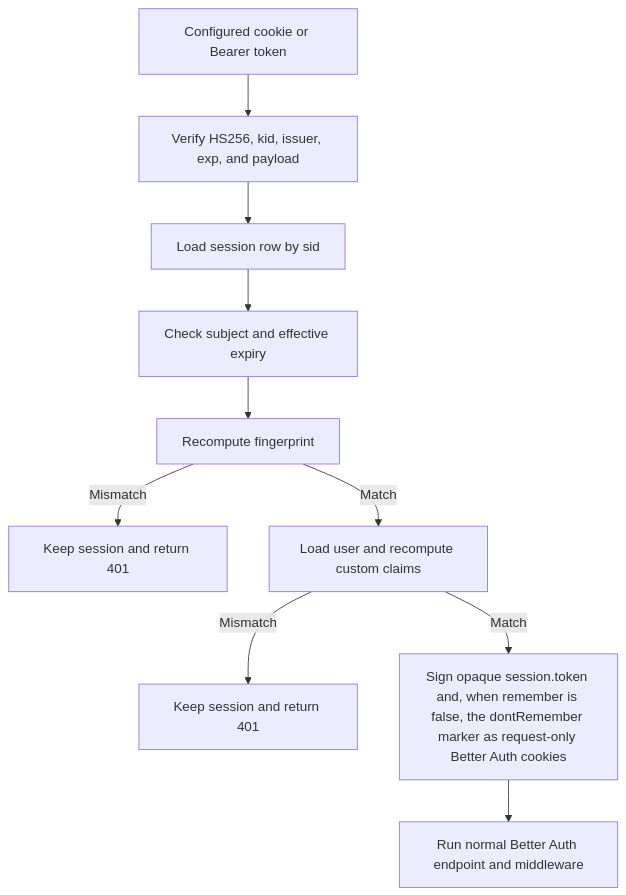
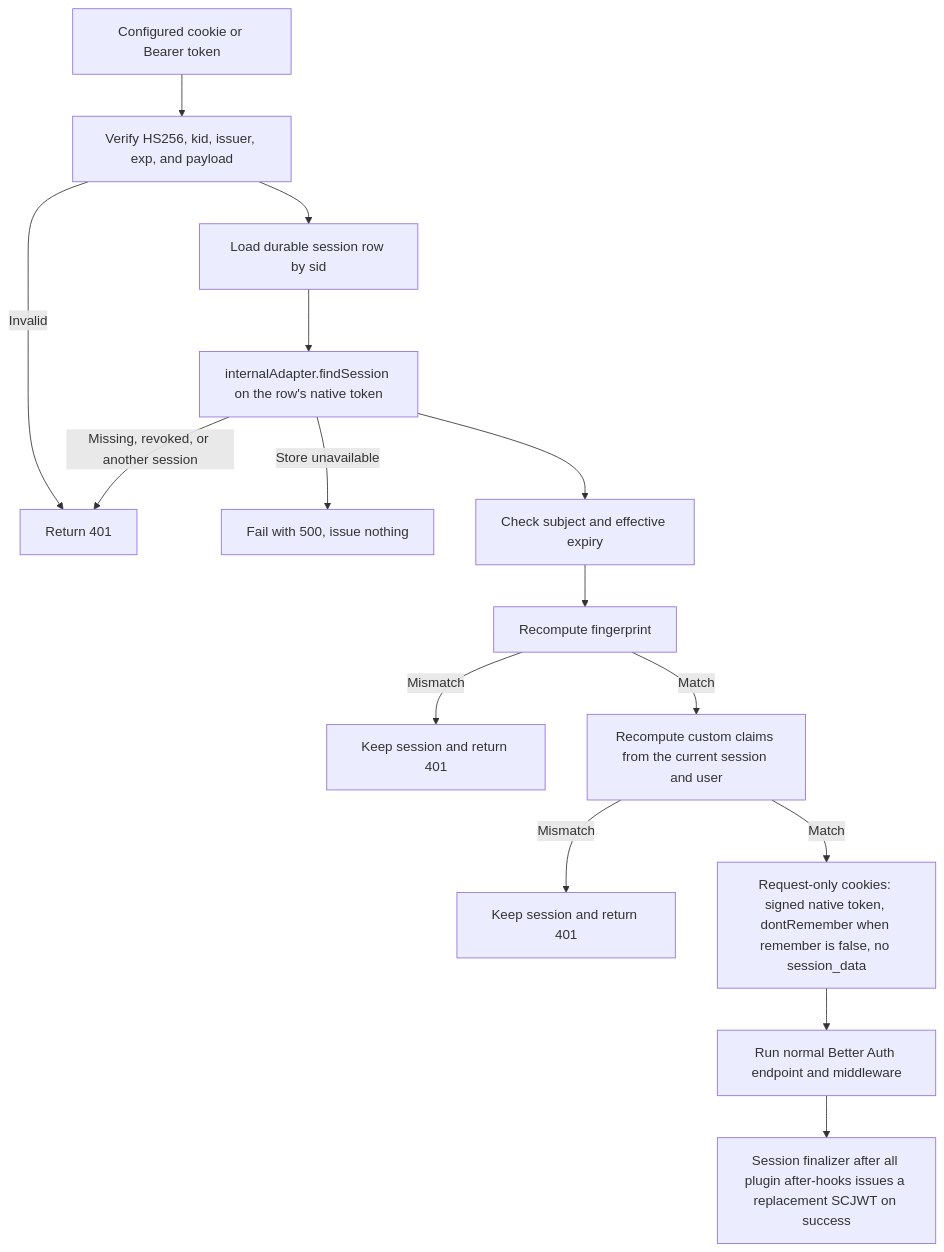
One commit to dark1zinn/better-auth-scjwt changed the diagram in docs/README.md. Above: the diagram before and after it, drawn with Mermaid. The commit also changed other lines of this file and 3 other files, not shown here.

````diff
--- a/docs/README.md
+++ b/docs/README.md
@@ -21,12 +21,17 @@
 ```mermaid
 flowchart TD
   A[Configured cookie or Bearer token] --> B[Verify HS256, kid, issuer, exp, and payload]
-  B --> C[Load session row by sid]
-  C --> D[Check subject and effective expiry]
+  B -->|Invalid| X[Return 401]
+  B --> C[Load durable session row by sid]
+  C --> L[internalAdapter.findSession on the row's native token]
+  L -->|Missing, revoked, or another session| X
+  L -->|Store unavailable| Y[Fail with 500, issue nothing]
+  L --> D[Check subject and effective expiry]
   D --> E[Recompute fingerprint]
   E -->|Mismatch| F[Keep session and return 401]
-  E -->|Match| G[Load user and recompute custom claims]
+  E -->|Match| G[Recompute custom claims from the current session and user]
   G -->|Mismatch| H[Keep session and return 401]
-  G -->|Match| I[Sign opaque session.token and, when remember is false, the dontRemember marker as request-only Better Auth cookies]
+  G -->|Match| I[Request-only cookies: signed native token, dontRemember when remember is false, no session_data]
   I --> J[Run normal Better Auth endpoint and middleware]
+  J --> K[Session finalizer after all plugin after-hooks issues a replacement SCJWT on success]
 ```
````
